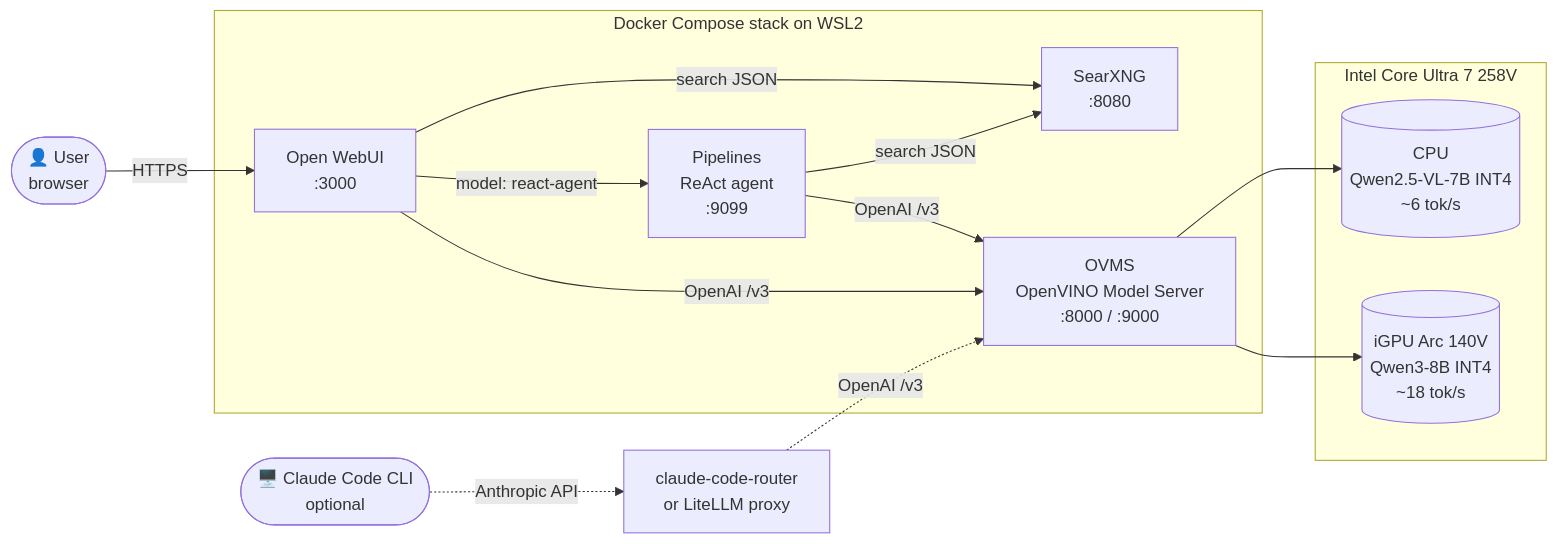
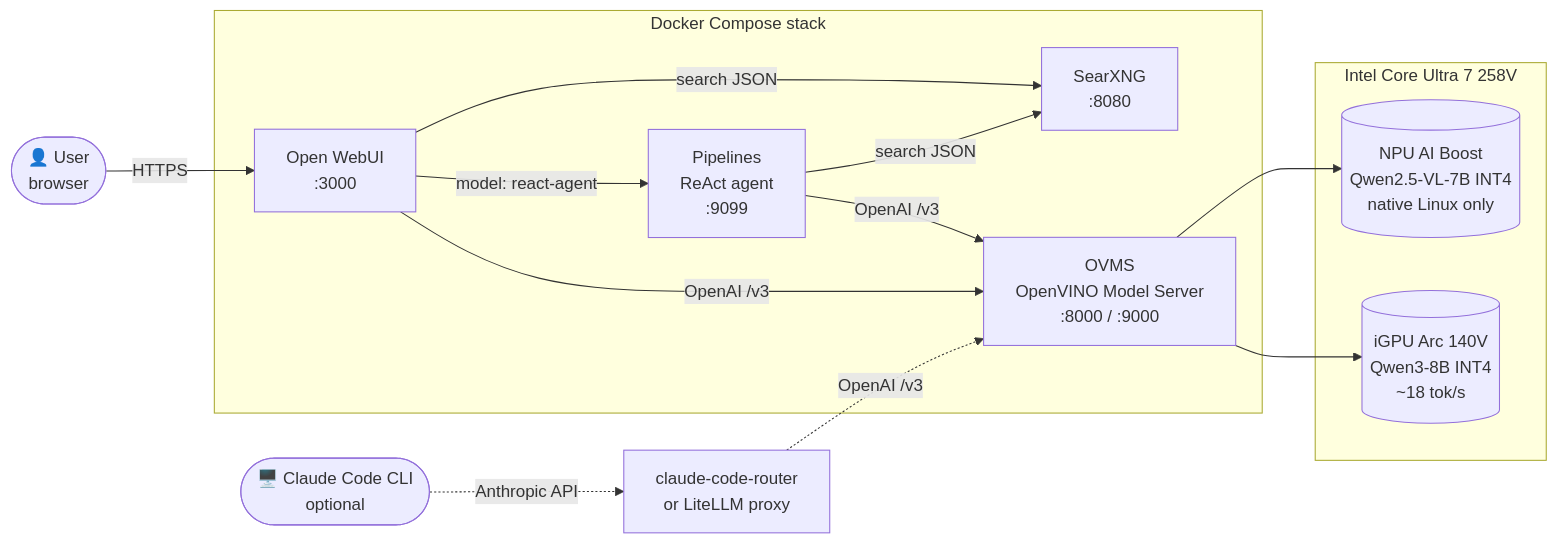
Before and after one commit to cartesiosson/openvino-agent-stack: the diagram in README.md, drawn with Mermaid. The commit also changed other lines of this file and 11 other files, not shown here.

First line of the commit message:
feat: native Linux + NPU support for Qwen2.5-VL-7B on Lunar Lake

````diff
--- a/README.md
+++ b/README.md
@@ -78,32 +78,32 @@
 ```mermaid
 flowchart LR
     User([👤 User<br/>browser])
     CC([🖥️ Claude Code CLI<br/>optional])
 
-    subgraph Stack[Docker Compose stack on WSL2]
+    subgraph Stack[Docker Compose stack]
         OWUI[Open WebUI<br/>:3000]
         PIPE[Pipelines<br/>ReAct agent<br/>:9099]
         OVMS[OVMS<br/>OpenVINO Model Server<br/>:8000 / :9000]
         SX[SearXNG<br/>:8080]
     end
 
     subgraph HW[Intel Core Ultra 7 258V]
         IGPU[(iGPU Arc 140V<br/>Qwen3-8B INT4<br/>~18 tok/s)]
-        CPU[(CPU<br/>Qwen2.5-VL-7B INT4<br/>~6 tok/s)]
+        NPU[(NPU AI Boost<br/>Qwen2.5-VL-7B INT4<br/>native Linux only)]
     end
 
     Router[claude-code-router<br/>or LiteLLM proxy]
 
     User -->|HTTPS| OWUI
     OWUI -->|OpenAI /v3| OVMS
     OWUI -->|model: react-agent| PIPE
     OWUI -->|search JSON| SX
     PIPE -->|OpenAI /v3| OVMS
     PIPE -->|search JSON| SX
 
     OVMS --> IGPU
-    OVMS --> CPU
+    OVMS --> NPU
 
     CC -.->|Anthropic API| Router
     Router -.->|OpenAI /v3| OVMS
 ```
````
